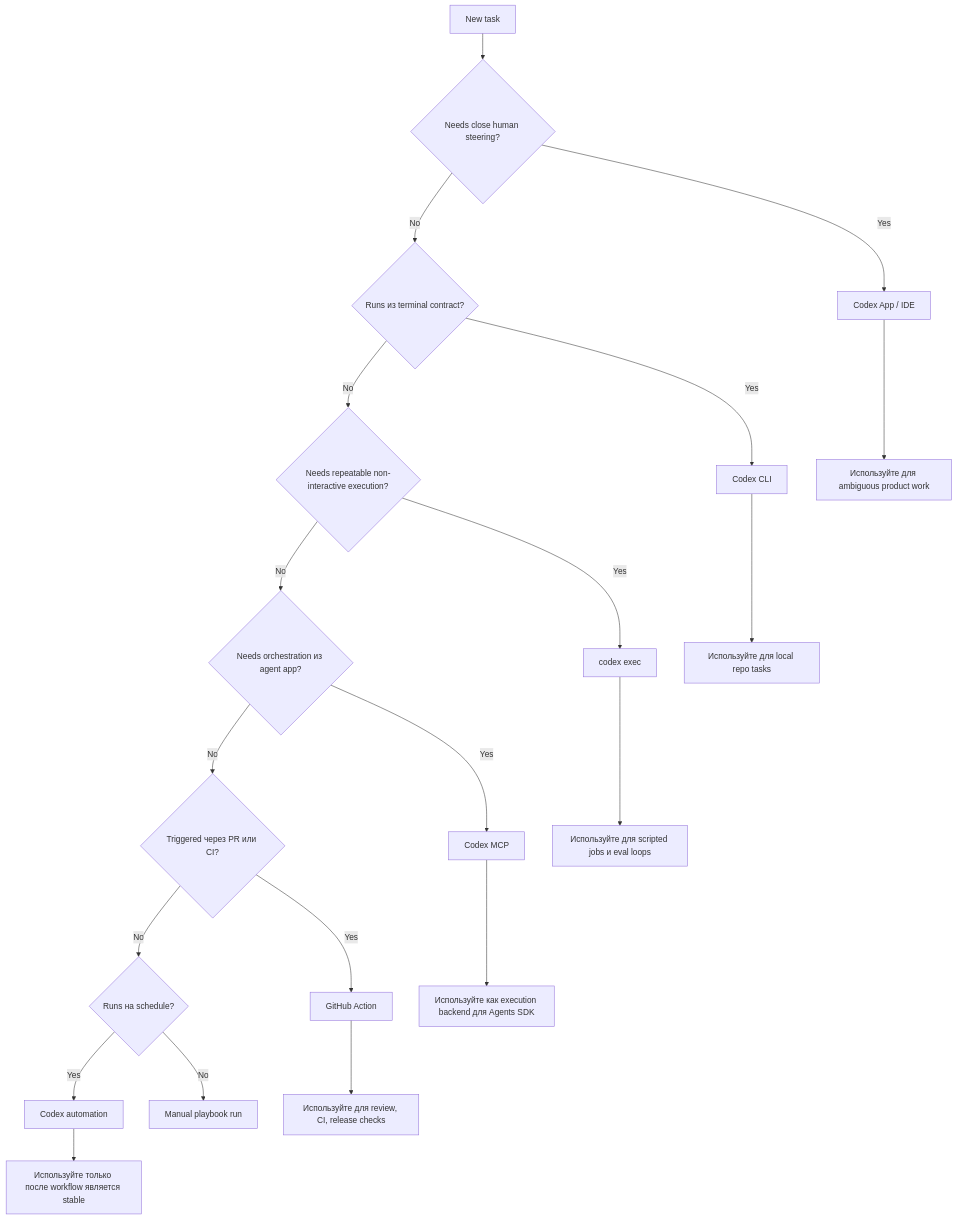
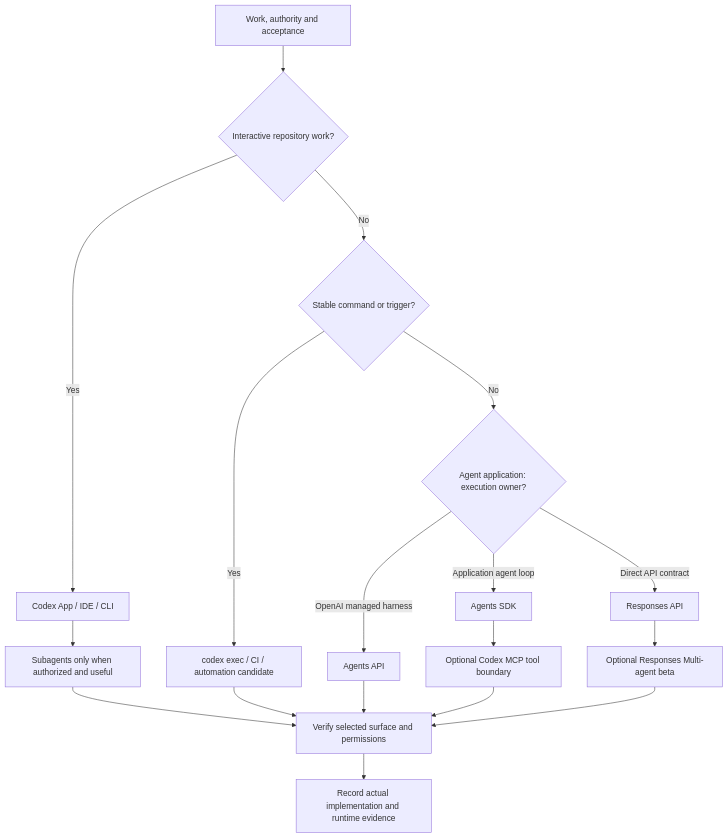
Before and after one commit to alexroadcaster/product-agent-os: the diagram in docs/diagrams/runtime-decision-map.md, drawn with Mermaid. The commit also changed other lines of this file and 122 other files, not shown here.

````diff
--- a/docs/diagrams/runtime-decision-map.md
+++ b/docs/diagrams/runtime-decision-map.md
@@ -9,23 +7,20 @@
 ```mermaid
 flowchart TD
-    A["New task"] --> B{"Needs close human steering?"}
-    B -->|Yes| C["Codex App / IDE"]
-    B -->|No| D{"Runs из terminal contract?"}
-    D -->|Yes| E["Codex CLI"]
-    D -->|No| F{"Needs repeatable non-interactive execution?"}
-    F -->|Yes| G["codex exec"]
-    F -->|No| H{"Needs orchestration из agent app?"}
-    H -->|Yes| I["Codex MCP"]
-    H -->|No| J{"Triggered через PR или CI?"}
-    J -->|Yes| K["GitHub Action"]
-    J -->|No| L{"Runs на schedule?"}
-    L -->|Yes| M["Codex automation"]
-    L -->|No| N["Manual playbook run"]
-
-    C --> O["Используйте для ambiguous product work"]
-    E --> P["Используйте для local repo tasks"]
-    G --> Q["Используйте для scripted jobs и eval loops"]
-    I --> R["Используйте как execution backend для Agents SDK"]
-    K --> S["Используйте для review, CI, release checks"]
-    M --> T["Используйте только после workflow является stable"]
+    A["Work, authority and acceptance"] --> B{"Interactive repository work?"}
+    B -->|Yes| C["Codex App / IDE / CLI"]
+    C --> D["Subagents only when authorized and useful"]
+    B -->|No| E{"Stable command or trigger?"}
+    E -->|Yes| F["codex exec / CI / automation candidate"]
+    E -->|No| G{"Agent application: execution owner?"}
+    G -->|OpenAI managed harness| H["Agents API"]
+    G -->|Application agent loop| I["Agents SDK"]
+    G -->|Direct API contract| J["Responses API"]
+    J --> K["Optional Responses Multi-agent beta"]
+    I --> M["Optional Codex MCP tool boundary"]
+    D --> V["Verify selected surface and permissions"]
+    F --> V
+    H --> V
+    M --> V
+    K --> V
+    V --> W["Record actual implementation and runtime evidence"]
 ```
````
